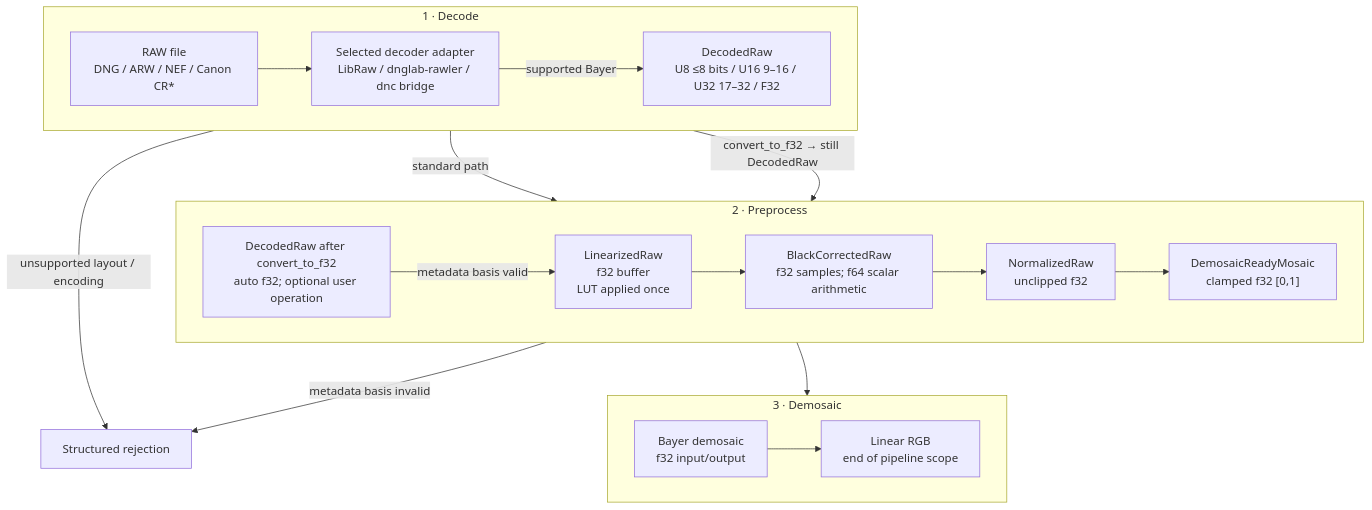
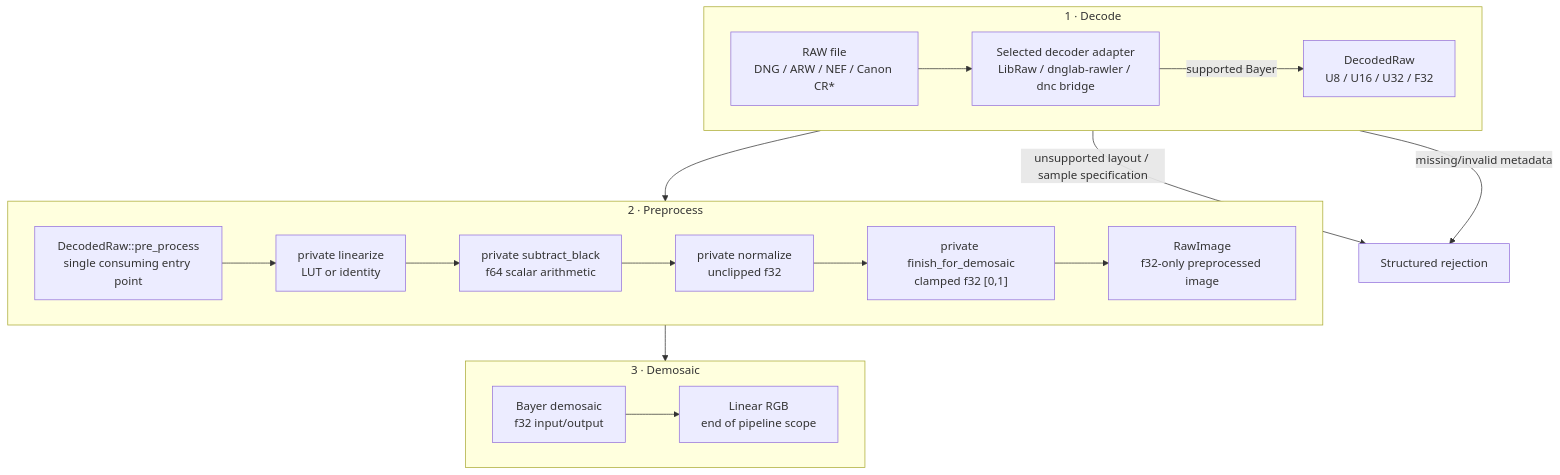
The diagram in docs/raw-pipeline/raw-image-process.md (Glatzel/fornax), drawn with Mermaid before and after one commit. The commit also changed other lines of this file and 67 other files, not shown here.

````diff
--- a/docs/raw-pipeline/raw-image-process.md
+++ b/docs/raw-pipeline/raw-image-process.md
@@ -10,40 +10,37 @@
 ```mermaid
 flowchart TB
     subgraph DecodePhase["1 · Decode"]
         direction LR
         File["RAW file\nDNG / ARW / NEF / Canon CR*"]
         Adapter["Selected decoder adapter\nLibRaw / dnglab-rawler / dnc bridge"]
-        Decoded["DecodedRaw\nU8 ≤8 bits / U16 9–16 / U32 17–32 / F32"]
+        Decoded["DecodedRaw\nU8 / U16 / U32 / F32"]
         File --> Adapter
         Adapter -->|supported Bayer| Decoded
     end
 
     subgraph PreprocessPhase["2 · Preprocess"]
         direction LR
-        Custom["DecodedRaw after convert_to_f32\nauto f32; optional user operation"]
-        Linear["LinearizedRaw\nf32 buffer\nLUT applied once"]
-        Subtract["BlackCorrectedRaw\nf32 samples; f64 scalar arithmetic"]
-        Normalize["NormalizedRaw\nunclipped f32"]
-        Ready["DemosaicReadyMosaic\nclamped f32 [0,1]"]
+        Preprocess["DecodedRaw::pre_process\nsingle consuming entry point"]
+        Linear["private linearize\nLUT or identity"]
+        Subtract["private subtract_black\nf64 scalar arithmetic"]
+        Normalize["private normalize\nunclipped f32"]
+        Finish["private finish_for_demosaic\nclamped f32 [0,1]"]
+        Ready["RawImage\nf32-only preprocessed image"]
 
-        Decoded -->|standard path| Linear
-        Decoded -->|"convert_to_f32 → still DecodedRaw"| Custom
-        Custom -->|metadata basis valid| Linear
-        Linear --> Subtract
-        Subtract --> Normalize
-        Normalize --> Ready
+        Decoded --> Preprocess
+        Preprocess --> Linear --> Subtract --> Normalize --> Finish --> Ready
     end
 
     subgraph DemosaicPhase["3 · Demosaic"]
         direction LR
         Demosaic["Bayer demosaic\nf32 input/output"]
         Done["Linear RGB\nend of pipeline scope"]
         Demosaic --> Done
     end
 
     Reject["Structured rejection"]
 
-    Adapter -->|unsupported layout / encoding| Reject
-    Custom -->|metadata basis invalid| Reject
+    Adapter -->|unsupported layout / sample specification| Reject
+    Decoded -->|missing/invalid metadata| Reject
     Ready --> Demosaic
 ```
````
